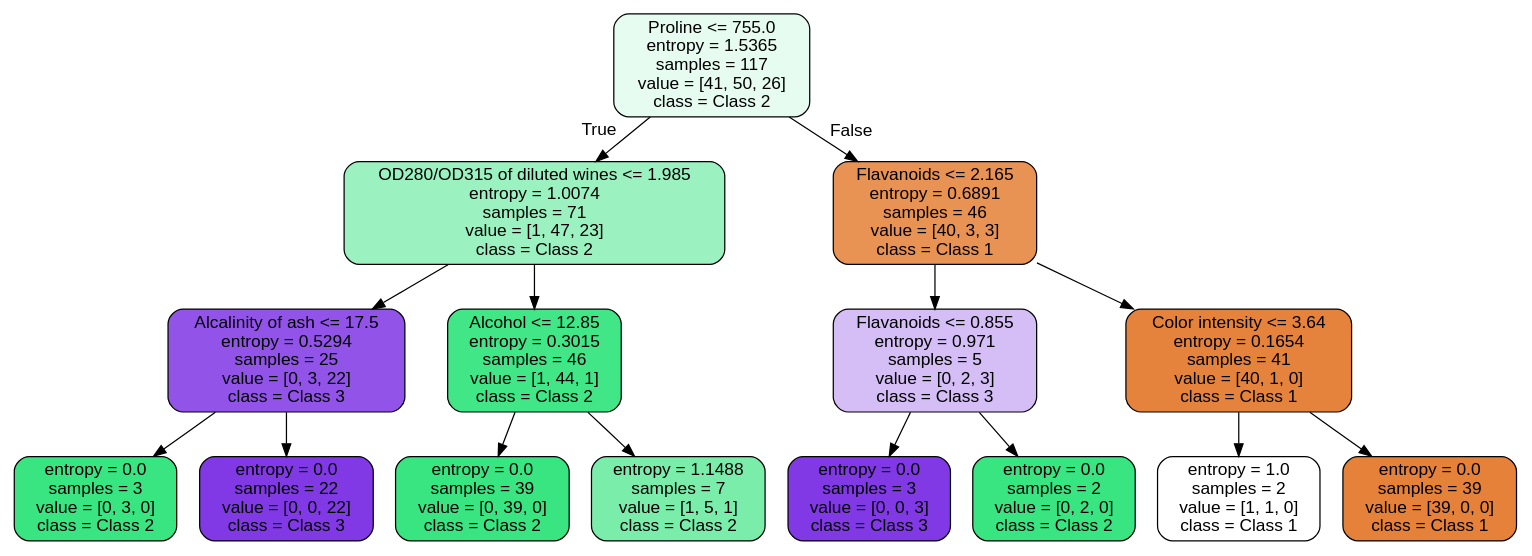
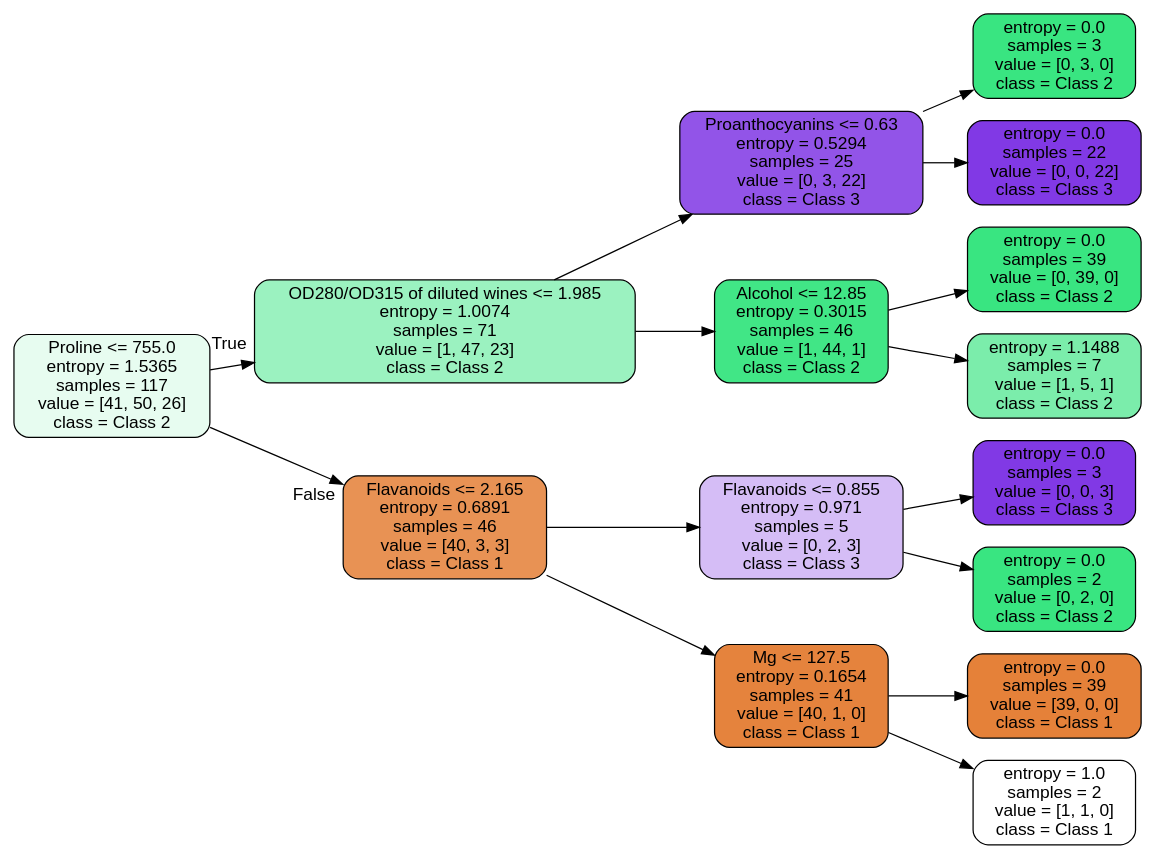
Before and after one commit to MattTriano/Advanced_Data_Mining: the diagram in assns/wine_tree.dot, drawn with Graphviz. The commit also changed 4 other files, not shown here.

```diff
--- a/assns/wine_tree.dot
+++ b/assns/wine_tree.dot
@@ -1,33 +1,34 @@
 digraph Tree {
 node [shape=box, style="filled, rounded", color="black", fontname=helvetica] ;
 edge [fontname=helvetica] ;
+rankdir=LR ;
 0 [label="Proline <= 755.0\nentropy = 1.5365\nsamples = 117\nvalue = [41, 50, 26]\nclass = Class 2", fillcolor="#39e5811e"] ;
 1 [label="OD280/OD315 of diluted wines <= 1.985\nentropy = 1.0074\nsamples = 71\nvalue = [1, 47, 23]\nclass = Class 2", fillcolor="#39e58180"] ;
-0 -> 1 [labeldistance=2.5, labelangle=45, headlabel="True"] ;
-2 [label="Alcalinity of ash <= 17.5\nentropy = 0.5294\nsamples = 25\nvalue = [0, 3, 22]\nclass = Class 3", fillcolor="#8139e5dc"] ;
+0 -> 1 [labeldistance=2.5, labelangle=-45, headlabel="True"] ;
+2 [label="Proanthocyanins <= 0.63\nentropy = 0.5294\nsamples = 25\nvalue = [0, 3, 22]\nclass = Class 3", fillcolor="#8139e5dc"] ;
 1 -> 2 ;
 3 [label="entropy = 0.0\nsamples = 3\nvalue = [0, 3, 0]\nclass = Class 2", fillcolor="#39e581ff"] ;
 2 -> 3 ;
 4 [label="entropy = 0.0\nsamples = 22\nvalue = [0, 0, 22]\nclass = Class 3", fillcolor="#8139e5ff"] ;
 2 -> 4 ;
 5 [label="Alcohol <= 12.85\nentropy = 0.3015\nsamples = 46\nvalue = [1, 44, 1]\nclass = Class 2", fillcolor="#39e581f4"] ;
 1 -> 5 ;
 6 [label="entropy = 0.0\nsamples = 39\nvalue = [0, 39, 0]\nclass = Class 2", fillcolor="#39e581ff"] ;
 5 -> 6 ;
 7 [label="entropy = 1.1488\nsamples = 7\nvalue = [1, 5, 1]\nclass = Class 2", fillcolor="#39e581aa"] ;
 5 -> 7 ;
 8 [label="Flavanoids <= 2.165\nentropy = 0.6891\nsamples = 46\nvalue = [40, 3, 3]\nclass = Class 1", fillcolor="#e58139db"] ;
-0 -> 8 [labeldistance=2.5, labelangle=-45, headlabel="False"] ;
+0 -> 8 [labeldistance=2.5, labelangle=45, headlabel="False"] ;
 9 [label="Flavanoids <= 0.855\nentropy = 0.971\nsamples = 5\nvalue = [0, 2, 3]\nclass = Class 3", fillcolor="#8139e555"] ;
 8 -> 9 ;
 10 [label="entropy = 0.0\nsamples = 3\nvalue = [0, 0, 3]\nclass = Class 3", fillcolor="#8139e5ff"] ;
 9 -> 10 ;
 11 [label="entropy = 0.0\nsamples = 2\nvalue = [0, 2, 0]\nclass = Class 2", fillcolor="#39e581ff"] ;
 9 -> 11 ;
-12 [label="Color intensity <= 3.64\nentropy = 0.1654\nsamples = 41\nvalue = [40, 1, 0]\nclass = Class 1", fillcolor="#e58139f9"] ;
+12 [label="Mg <= 127.5\nentropy = 0.1654\nsamples = 41\nvalue = [40, 1, 0]\nclass = Class 1", fillcolor="#e58139f9"] ;
 8 -> 12 ;
-13 [label="entropy = 1.0\nsamples = 2\nvalue = [1, 1, 0]\nclass = Class 1", fillcolor="#e5813900"] ;
+13 [label="entropy = 0.0\nsamples = 39\nvalue = [39, 0, 0]\nclass = Class 1", fillcolor="#e58139ff"] ;
 12 -> 13 ;
-14 [label="entropy = 0.0\nsamples = 39\nvalue = [39, 0, 0]\nclass = Class 1", fillcolor="#e58139ff"] ;
+14 [label="entropy = 1.0\nsamples = 2\nvalue = [1, 1, 0]\nclass = Class 1", fillcolor="#e5813900"] ;
 12 -> 14 ;
 }
```
